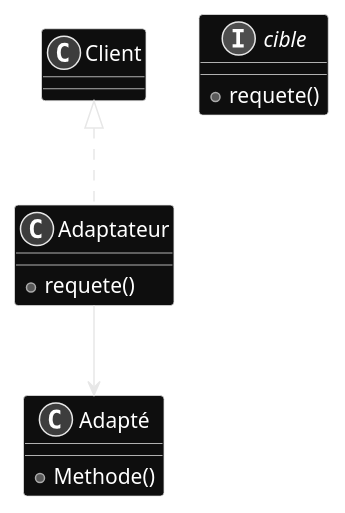
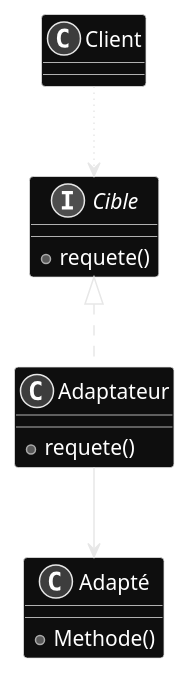
One commit to michelgrolet/cours-info changed the diagram in assets/diagrammes/puml/Patron_adaptateur.puml. Above: the diagram before and after it, drawn with PlantUML. The commit also changed 1 other file, not shown here.

```diff
--- a/assets/diagrammes/puml/Patron_adaptateur.puml
+++ b/assets/diagrammes/puml/Patron_adaptateur.puml
@@ -1,20 +1,20 @@
 @startuml Patron_Adapteur
 skinparam backgroundcolor transparent
 skinparam Monochrome reverse
 
 class Client
-interface cible {
+interface Cible {
 	+ requete()
 }
-
-class Adaptateur implements Client {
+Client -[dotted]-> Cible
+class Adaptateur implements Cible {
 	+ requete()
 }
 
 class Adapté {
 	+ Methode()
 }
 
 Adaptateur --> "adapté" Adapté
 
 @enduml
```
